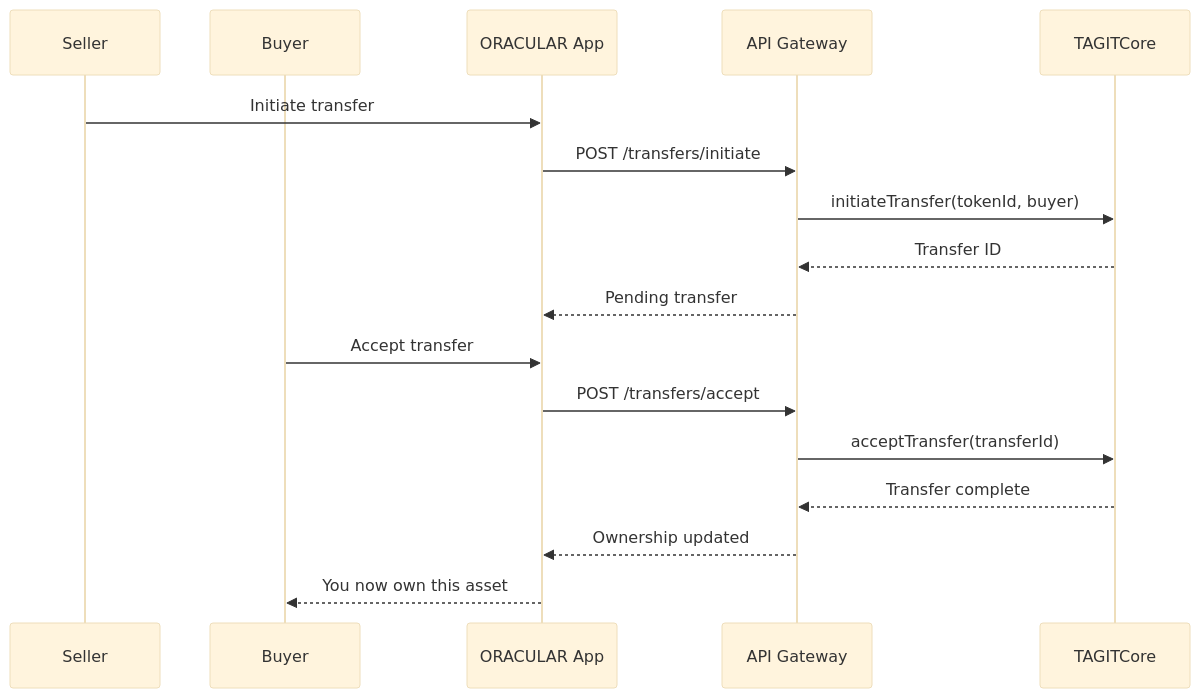
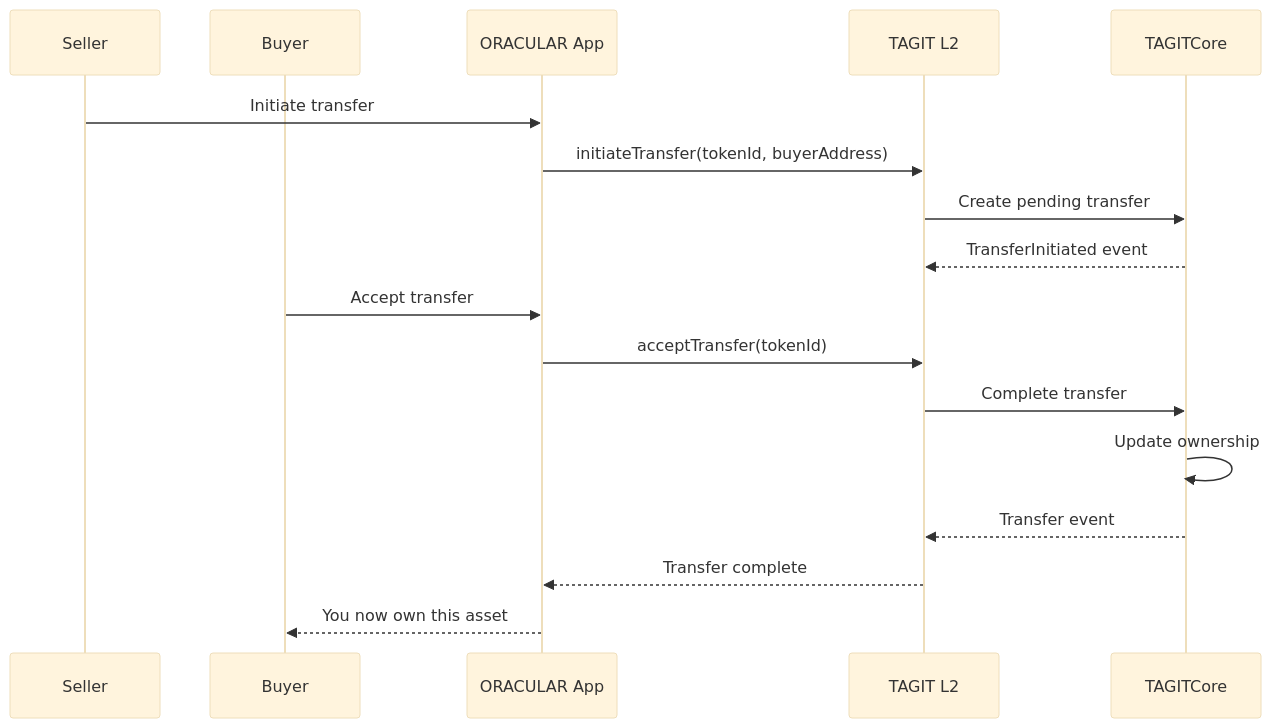
Before and after one commit to TAG-IT-NETWORK/tagit-docs: the fifth of 6 diagrams in docs/architecture/data-flow.md, drawn with Mermaid (base theme). The commit also changed other lines of this file and 8 other files, not shown here.

First line of the commit message:
docs: Phase 2 Core Scaffold - Architecture, Contracts, Glossary

````diff
--- a/docs/architecture/data-flow.md
+++ b/docs/architecture/data-flow.md
@@ -84,21 +155,20 @@
 ```mermaid
 sequenceDiagram
     participant Seller
     participant Buyer
     participant App as ORACULAR App
-    participant API as API Gateway
+    participant L2 as TAGIT L2
     participant Core as TAGITCore
 
     Seller->>App: Initiate transfer
-    App->>API: POST /transfers/initiate
-    API->>Core: initiateTransfer(tokenId, buyer)
-    Core-->>API: Transfer ID
-    API-->>App: Pending transfer
-
+    App->>L2: initiateTransfer(tokenId, buyerAddress)
+    L2->>Core: Create pending transfer
+    Core-->>L2: TransferInitiated event
     Buyer->>App: Accept transfer
-    App->>API: POST /transfers/accept
-    API->>Core: acceptTransfer(transferId)
-    Core-->>API: Transfer complete
-    API-->>App: Ownership updated
+    App->>L2: acceptTransfer(tokenId)
+    L2->>Core: Complete transfer
+    Core->>Core: Update ownership
+    Core-->>L2: Transfer event
+    L2-->>App: Transfer complete
     App-->>Buyer: You now own this asset
 ```
````
